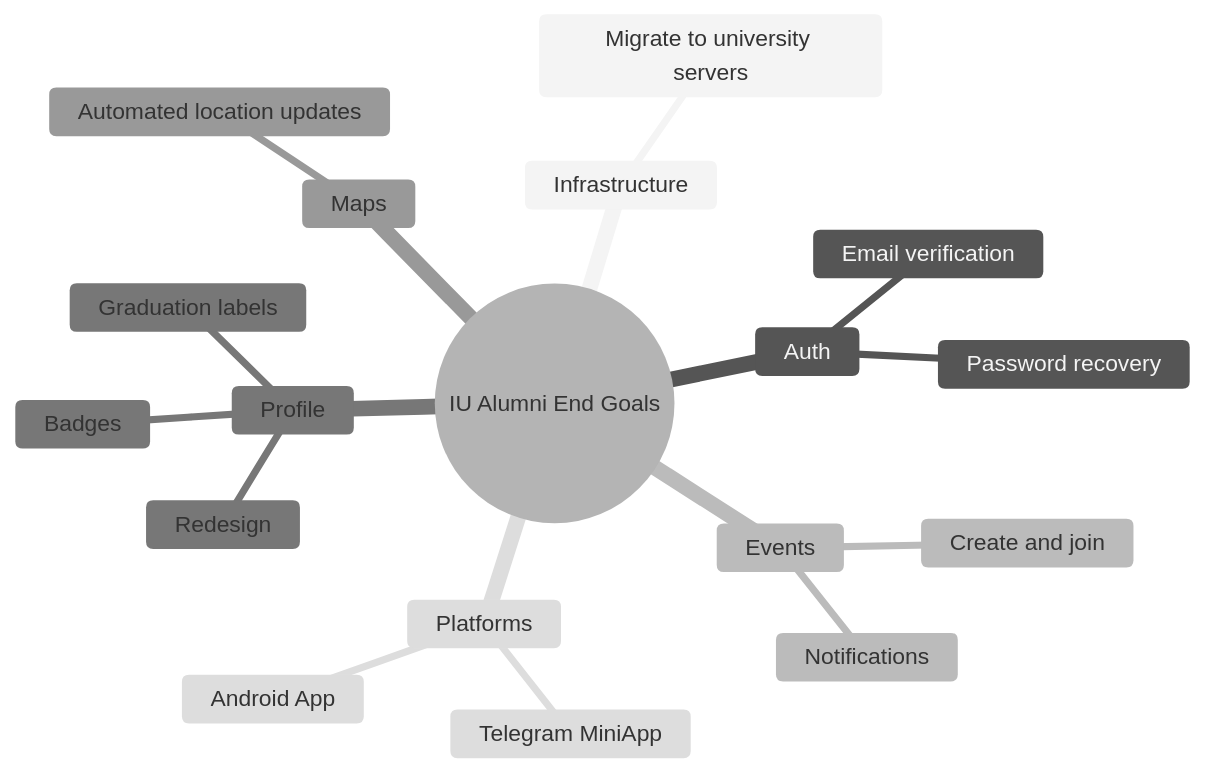
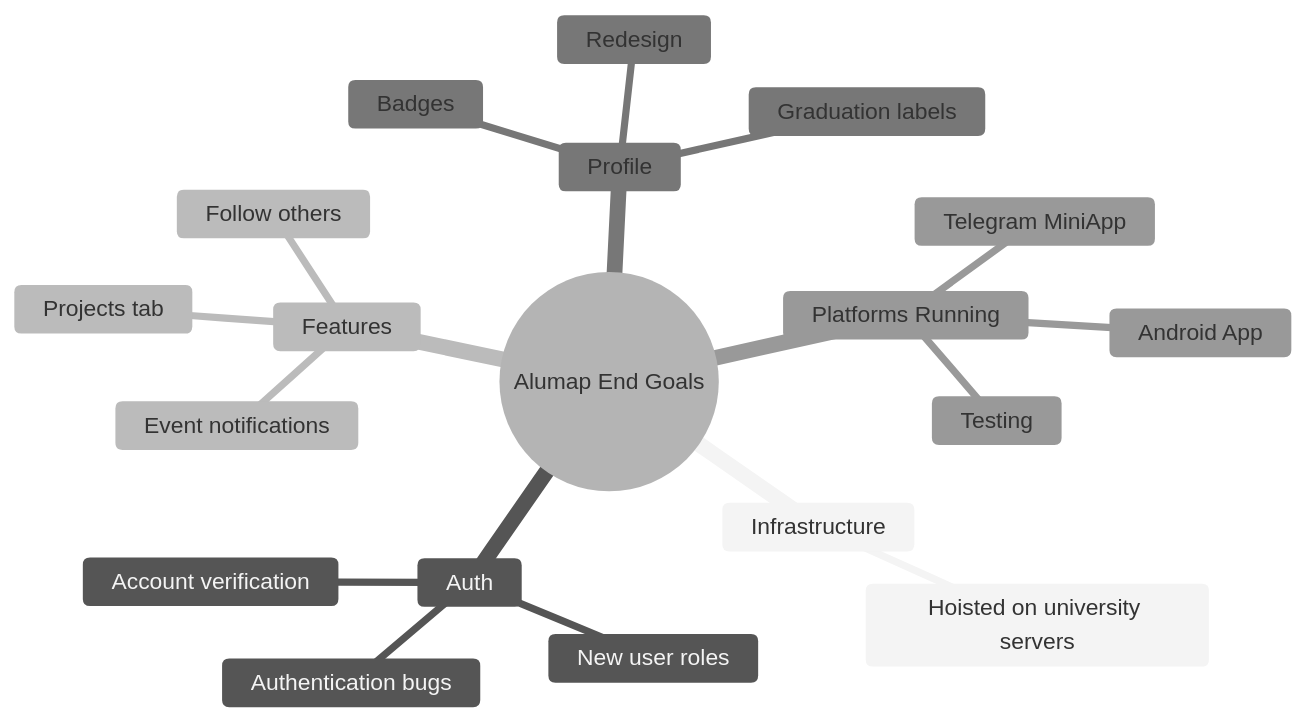
The diagram in src/requirements/project-goals.md (iu-alumni/docs), drawn with Mermaid (neutral theme) before and after one commit. The commit also changed 4 other files, not shown here.

Commit message:
Update plan and roadmap (#85)

````diff
--- a/src/requirements/project-goals.md
+++ b/src/requirements/project-goals.md
@@ -7,21 +7,22 @@
 ```mermaid
 mindmap
-  root((IU Alumni End Goals))
+  root((Alumap End Goals))
     Infrastructure
-      Migrate to university servers
+      Hoisted on university servers
     Auth
-      Password recovery
-      Email verification
-    Events
-      Create and join
-      Notifications
+      Authentication bugs
+      New user roles
+      Account verification
+    Features
+      Projects tab
+      Event notifications
+      Follow others
     Profile
       Redesign
       Badges
       Graduation labels
-    Maps
-      Automated location updates
-    Platforms
+    Platforms Running
       Android App
       Telegram MiniApp
+      Testing
 ```
````
